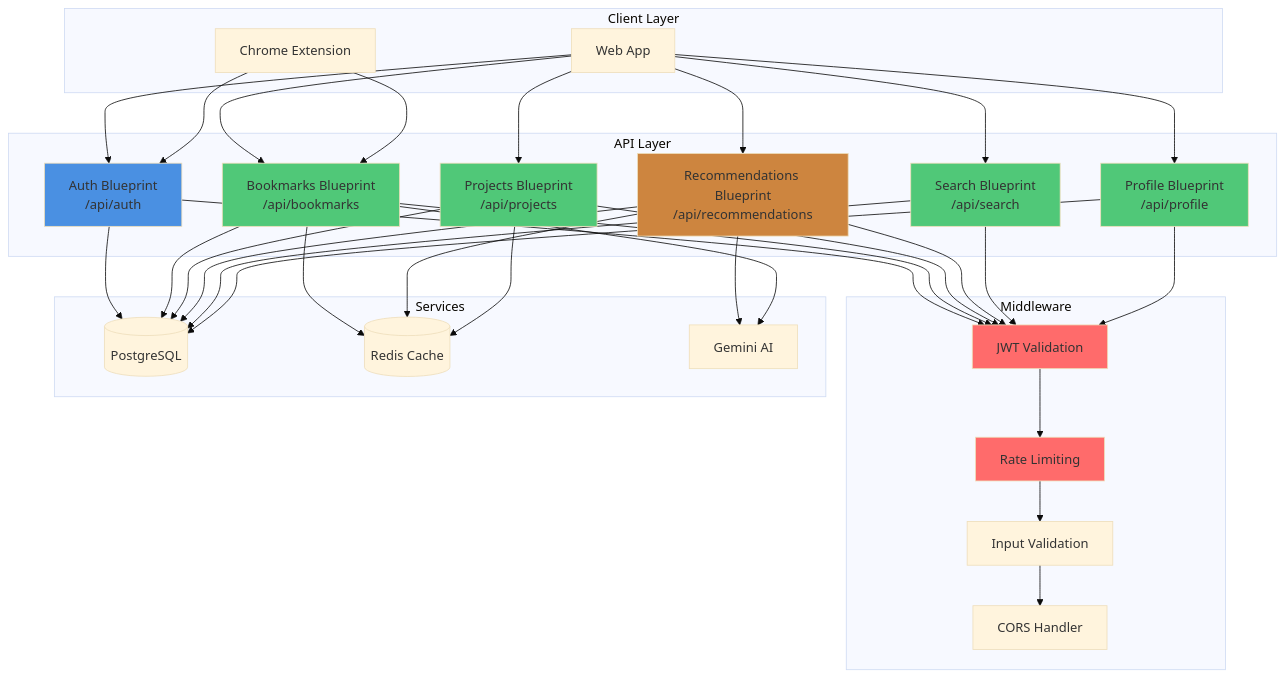
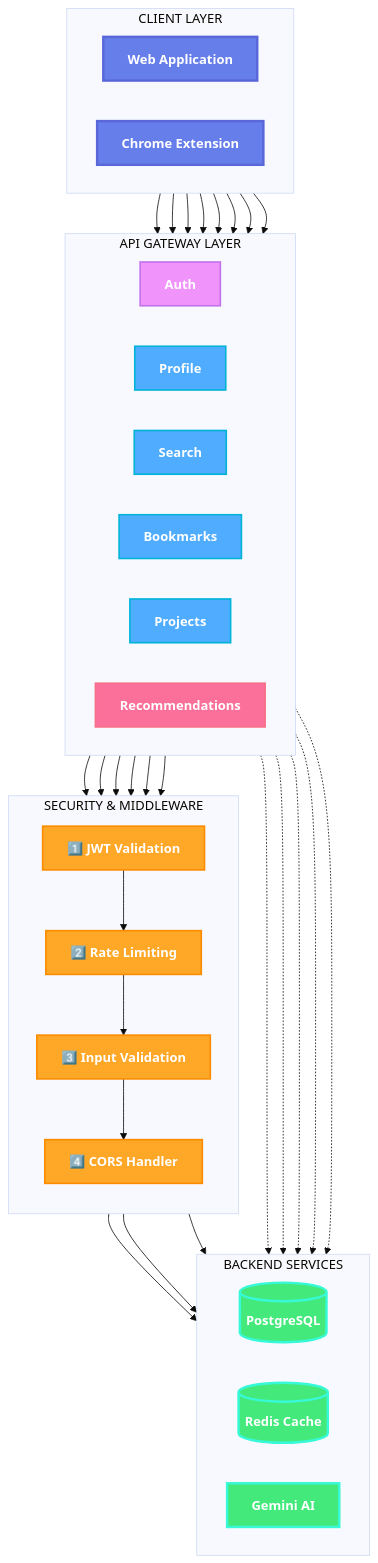
The second of 2 diagrams in docs/API_ARCHITECTURE.md (Ujjwaljain16/Fuze), drawn with Mermaid (base theme) before and after one commit. The commit also changed other lines of this file, not shown here.

Commit message:
Revise API architecture documentation and diagrams
Updated API architecture documentation to enhance clarity and organization. Improved error handling section and refined API layer diagram.

````diff
--- a/docs/API_ARCHITECTURE.md
+++ b/docs/API_ARCHITECTURE.md
@@ -474,73 +474,82 @@
 ```mermaid
 graph TB
-    subgraph "Client Layer"
-        Web[Web App]
-        Ext[Chrome Extension]
+    subgraph Client["CLIENT LAYER"]
+        direction LR
+        Web["Web Application"]
+        Ext["Chrome Extension"]
     end
     
-    subgraph "API Layer"
-        AuthBP[Auth Blueprint<br/>/api/auth]
-        BookBP[Bookmarks Blueprint<br/>/api/bookmarks]
-        ProjBP[Projects Blueprint<br/>/api/projects]
-        RecBP[Recommendations Blueprint<br/>/api/recommendations]
-        SearchBP[Search Blueprint<br/>/api/search]
-        ProfBP[Profile Blueprint<br/>/api/profile]
+    subgraph API[" API GATEWAY LAYER"]
+        direction LR
+        Row1["Auth"]
+        Row2["Profile"]
+        Row3["Search"]
+        Row4["Bookmarks"]
+        Row5["Projects"]
+        Row6["Recommendations"]
     end
     
-    subgraph "Middleware"
-        JWT[JWT Validation]
-        RateLimit[Rate Limiting]
-        CORS[CORS Handler]
-        Validation[Input Validation]
+    subgraph Middleware["SECURITY & MIDDLEWARE"]
+        direction TB
+        JWT["1️⃣ JWT Validation"]
+        RateLimit["2️⃣ Rate Limiting"]
+        Validation["3️⃣ Input Validation"]
+        CORS["4️⃣ CORS Handler"]
     end
     
-    subgraph "Services"
-        DB[(PostgreSQL)]
-        Redis[(Redis Cache)]
-        Gemini[Gemini AI]
+    subgraph Services[" BACKEND SERVICES"]
+        direction LR
+        DB[(" PostgreSQL")]
+        Redis[(" Redis Cache")]
+        Gemini[" Gemini AI"]
     end
     
-    Web --> AuthBP
-    Web --> BookBP
-    Web --> ProjBP
-    Web --> RecBP
-    Web --> SearchBP
-    Web --> ProfBP
+    %% Client to API connections
+    Web --> Row1
+    Web --> Row2
+    Web --> Row3
+    Web --> Row4
+    Web --> Row5
+    Web --> Row6
+    Ext --> Row1
+    Ext --> Row4
     
-    Ext --> AuthBP
-    Ext --> BookBP
+    %% API to Middleware
+    Row1 --> JWT
+    Row2 --> JWT
+    Row3 --> JWT
+    Row4 --> JWT
+    Row5 --> JWT
+    Row6 --> JWT
     
-    AuthBP --> JWT
-    BookBP --> JWT
-    ProjBP --> JWT
-    RecBP --> JWT
-    SearchBP --> JWT
-    ProfBP --> JWT
-    
+    %% Middleware chain
     JWT --> RateLimit
     RateLimit --> Validation
     Validation --> CORS
     
-    AuthBP --> DB
-    BookBP --> DB
-    ProjBP --> DB
-    RecBP --> DB
-    SearchBP --> DB
-    ProfBP --> DB
+    %% Services connections
+    CORS --> DB
+    CORS --> Redis
+    CORS --> Gemini
     
-    BookBP --> Redis
-    RecBP --> Redis
-    ProjBP --> Redis
+    %% Specific service usage
+    Row4 -.-> Redis
+    Row5 -.-> Redis
+    Row6 -.-> Redis
+    Row6 -.-> Gemini
+    Row4 -.-> Gemini
     
-    RecBP --> Gemini
-    BookBP --> Gemini
+    classDef clientStyle fill:#667eea,stroke:#5a67d8,stroke-width:3px,color:#fff,font-weight:bold
+    classDef authStyle fill:#f093fb,stroke:#c471ed,stroke-width:2px,color:#fff,font-weight:bold
+    classDef apiStyle fill:#4facfe,stroke:#00b4d8,stroke-width:2px,color:#fff,font-weight:bold
+    classDef aiStyle fill:#fa709a,stroke:#f77089,stroke-width:2px,color:#fff,font-weight:bold
+    classDef middlewareStyle fill:#ffa726,stroke:#fb8c00,stroke-width:2px,color:#fff,font-weight:bold
+    classDef dbStyle fill:#43e97b,stroke:#38f9d7,stroke-width:3px,color:#fff,font-weight:bold
     
-    style AuthBP fill:#4a90e2
-    style BookBP fill:#50c878
-    style ProjBP fill:#50c878
-    style RecBP fill:#cd853f
-    style SearchBP fill:#50c878
-    style ProfBP fill:#50c878
-    style JWT fill:#ff6b6b
-    style RateLimit fill:#ff6b6b
+    class Web,Ext clientStyle
+    class Row1 authStyle
+    class Row2,Row3,Row4,Row5 apiStyle
+    class Row6 aiStyle
+    class JWT,RateLimit,CORS,Validation middlewareStyle
+    class DB,Redis,Gemini dbStyle
 ```
````
